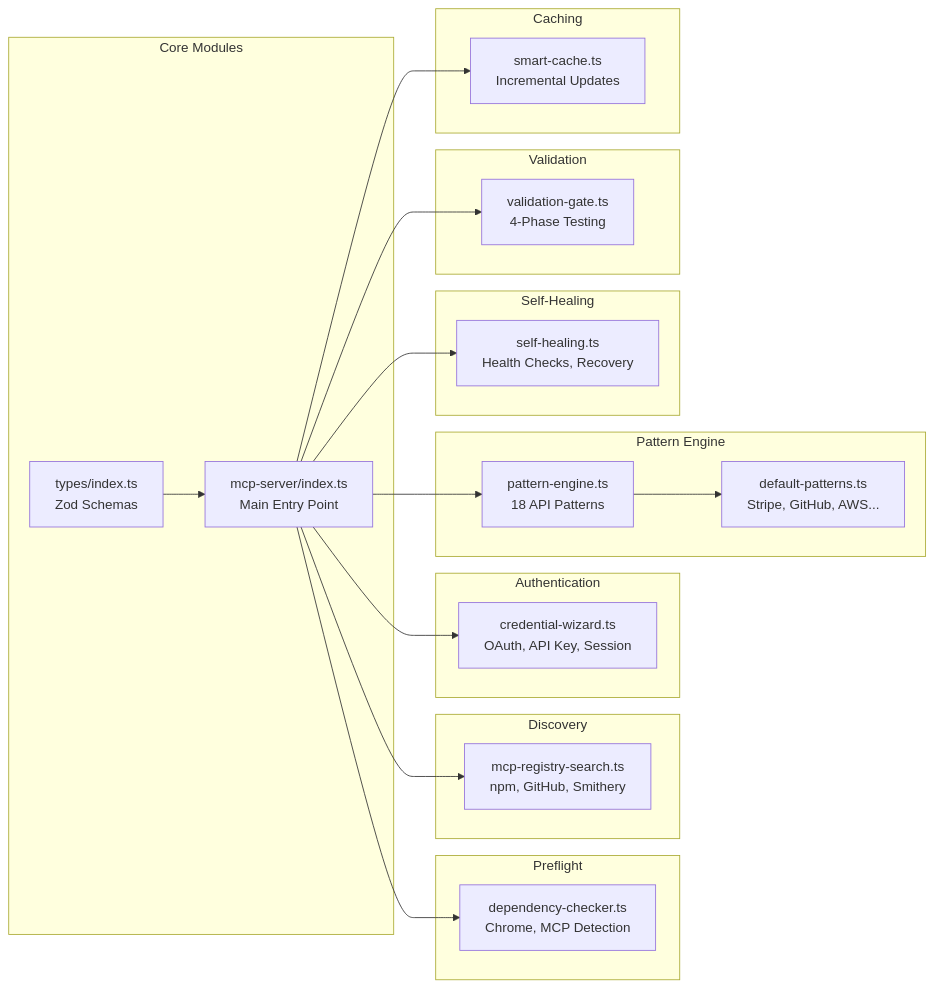
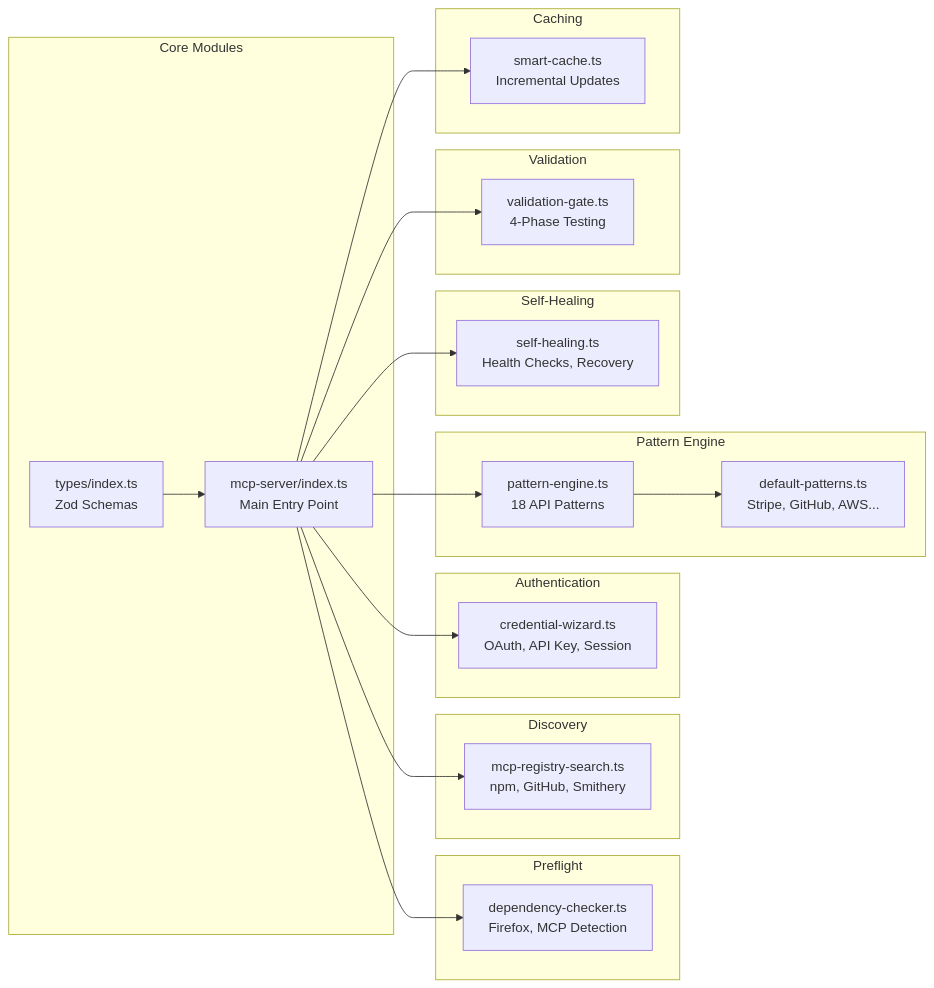
Before and after one commit to schwarztim/thesun: the second of 9 diagrams in README.md, drawn with Mermaid. The commit also changed other lines of this file and 8 other files, not shown here.

First line of the commit message:
feat: migrate from chrome-devtools-mcp to firefox-devtools-mcp

````diff
--- a/README.md
+++ b/README.md
@@ -186,46 +186,46 @@
 ```mermaid
 graph LR
     subgraph Core["Core Modules"]
         MCP["mcp-server/index.ts<br/>Main Entry Point"]
         TYPES["types/index.ts<br/>Zod Schemas"]
     end
 
     subgraph Preflight["Preflight"]
-        DC["dependency-checker.ts<br/>Chrome, MCP Detection"]
+        DC["dependency-checker.ts<br/>Firefox, MCP Detection"]
     end
 
     subgraph Discovery["Discovery"]
         REG["mcp-registry-search.ts<br/>npm, GitHub, Smithery"]
     end
 
     subgraph Auth["Authentication"]
         CRED["credential-wizard.ts<br/>OAuth, API Key, Session"]
     end
 
     subgraph Patterns["Pattern Engine"]
         PE["pattern-engine.ts<br/>18 API Patterns"]
         DP["default-patterns.ts<br/>Stripe, GitHub, AWS..."]
     end
 
     subgraph Health["Self-Healing"]
         SH["self-healing.ts<br/>Health Checks, Recovery"]
     end
 
     subgraph Validation["Validation"]
         VG["validation-gate.ts<br/>4-Phase Testing"]
     end
 
     subgraph Cache["Caching"]
         SC["smart-cache.ts<br/>Incremental Updates"]
     end
 
     MCP --> DC
     MCP --> REG
     MCP --> CRED
     MCP --> PE
     MCP --> SH
     MCP --> VG
     MCP --> SC
     PE --> DP
     TYPES --> MCP
 ```
````
